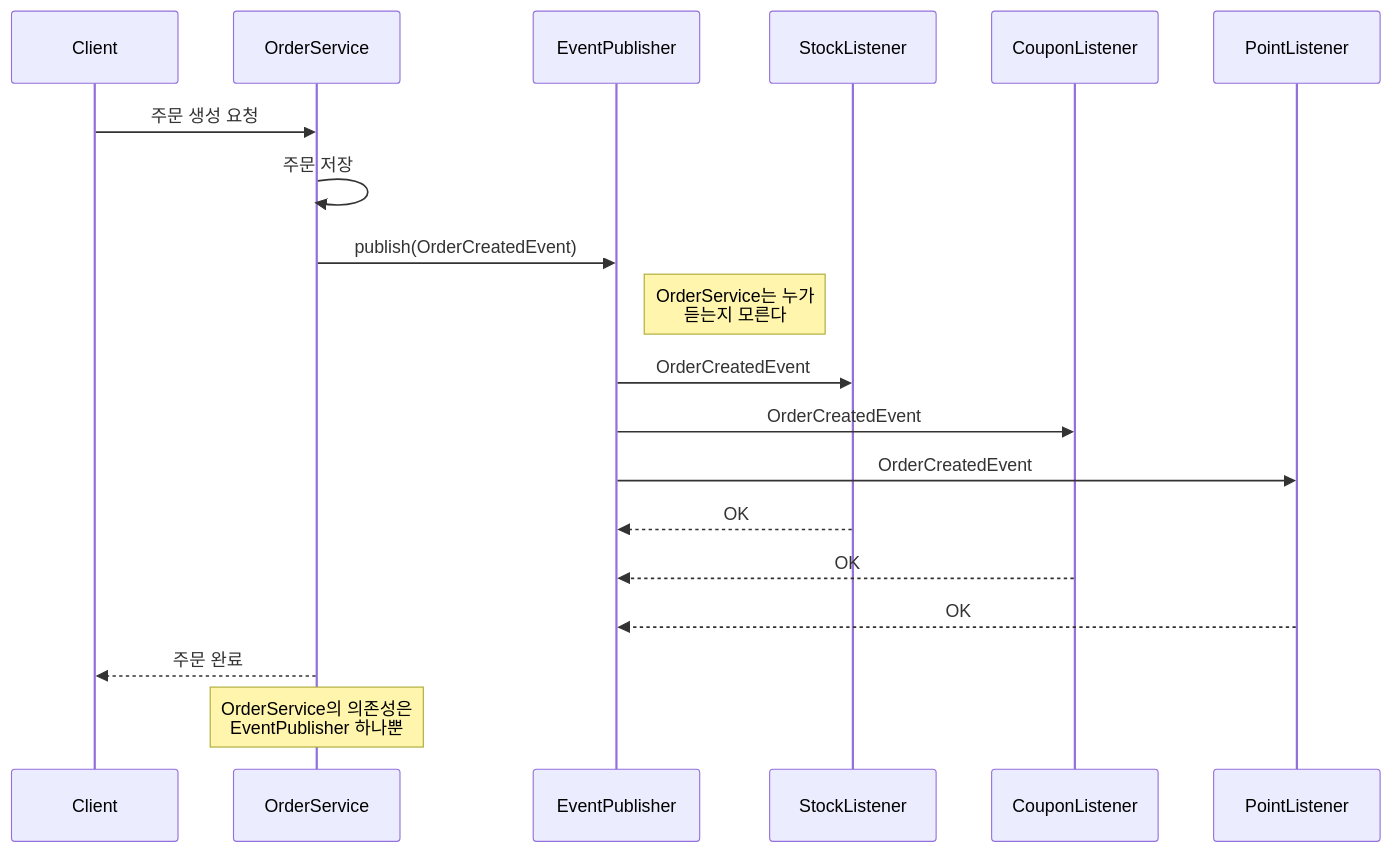
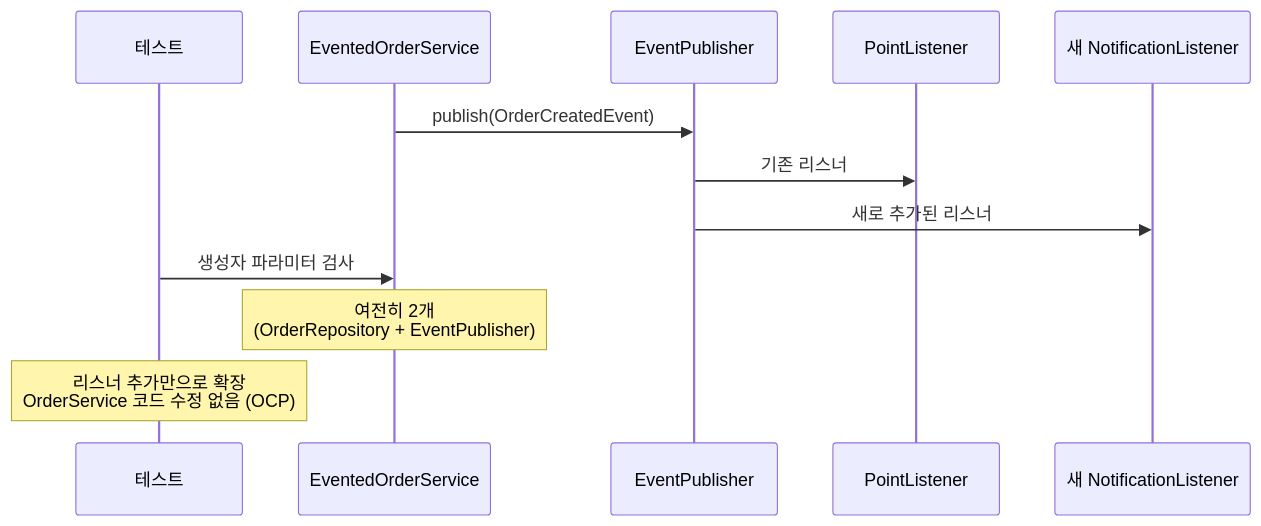
Before and after one commit to katiekim17/messaging-lab: the sixth of 8 diagrams in src/test/java/com/example/messaging/step1_application_event/README.md, drawn with Mermaid. The commit also changed other lines of this file and 6 other files, not shown here.

````diff
--- a/src/test/java/com/example/messaging/step1_application_event/README.md
+++ b/src/test/java/com/example/messaging/step1_application_event/README.md
@@ -47,26 +106,17 @@
 ```mermaid
 sequenceDiagram
-    participant Client
-    participant OrderService
-    participant EventPublisher
-    participant StockListener
-    participant CouponListener
-    participant PointListener
+    participant Test as 테스트
+    participant OS as EventedOrderService
+    participant EP as EventPublisher
+    participant PL as PointListener
+    participant NL as 새 NotificationListener
 
-    Client->>OrderService: 주문 생성 요청
-    OrderService->>OrderService: 주문 저장
-    OrderService->>EventPublisher: publish(OrderCreatedEvent)
-    Note right of EventPublisher: OrderService는 누가<br/>듣는지 모른다
+    OS->>EP: publish(OrderCreatedEvent)
+    EP->>PL: 기존 리스너
+    EP->>NL: 새로 추가된 리스너
 
-    EventPublisher->>StockListener: OrderCreatedEvent
-    EventPublisher->>CouponListener: OrderCreatedEvent
-    EventPublisher->>PointListener: OrderCreatedEvent
+    Test->>OS: 생성자 파라미터 검사
+    Note over OS: 여전히 2개<br/>(OrderRepository + EventPublisher)
 
-    StockListener-->>EventPublisher: OK
-    CouponListener-->>EventPublisher: OK
-    PointListener-->>EventPublisher: OK
-
-    OrderService-->>Client: 주문 완료
-
-    Note over OrderService: OrderService의 의존성은<br/>EventPublisher 하나뿐
+    Note over Test: 리스너 추가만으로 확장<br/>OrderService 코드 수정 없음 (OCP)
 ```
````
